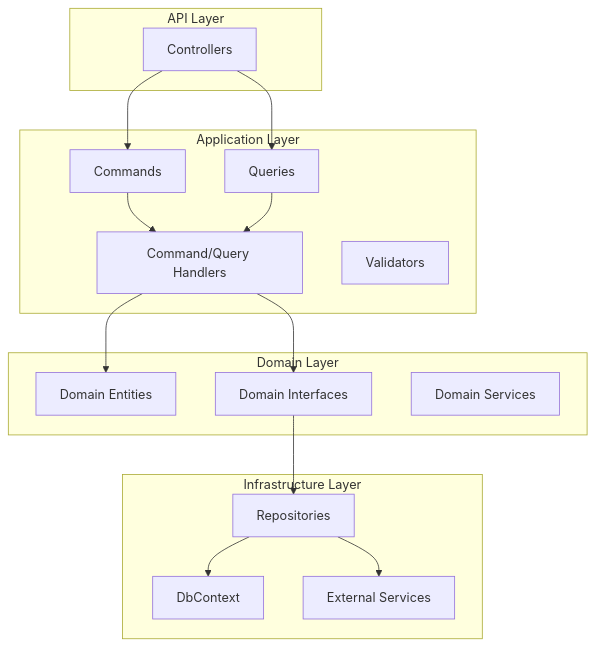
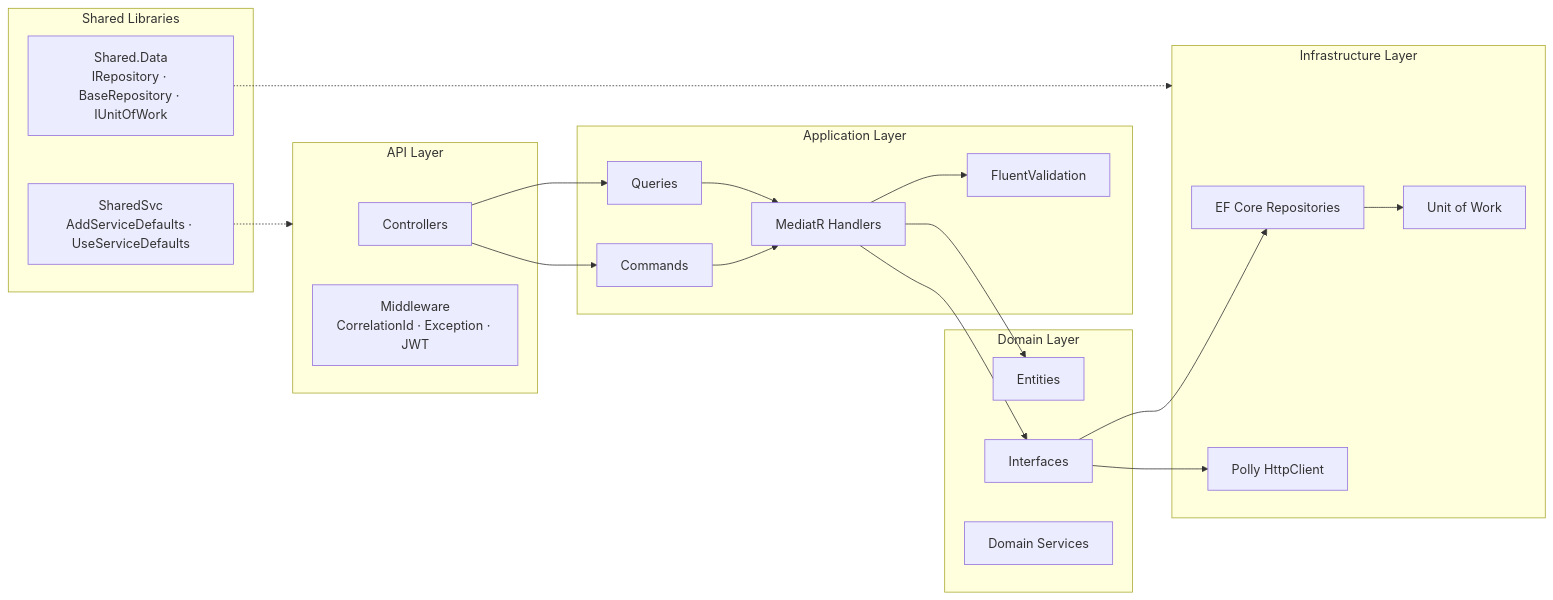
Before and after one commit to PrakashRajanSakthivel/SmartDelivery: the second of 9 diagrams in README.md, drawn with Mermaid. The commit also changed other lines of this file, not shown here.

````diff
--- a/README.md
+++ b/README.md
@@ -66,35 +84,40 @@
 ```mermaid
-graph TB
-    subgraph "API Layer"
-        Controller[Controllers]
+flowchart LR
+    subgraph API["API Layer"]
+        C[Controllers]
+        MW[Middleware\nCorrelationId · Exception · JWT]
     end
-    
-    subgraph "Application Layer"
-        Commands[Commands]
-        Queries[Queries]
-        Handlers[Command/Query Handlers]
-        Validators[Validators]
+
+    subgraph App["Application Layer"]
+        CMD[Commands]
+        QRY[Queries]
+        H[MediatR Handlers]
+        V[FluentValidation]
     end
-    
-    subgraph "Domain Layer"
-        Entities[Domain Entities]
-        Interfaces[Domain Interfaces]
-        Services[Domain Services]
+
+    subgraph Domain["Domain Layer"]
+        E[Entities]
+        I[Interfaces]
+        DS[Domain Services]
     end
-    
-    subgraph "Infrastructure Layer"
-        Repositories[Repositories]
-        DbContext[DbContext]
-        ExternalServices[External Services]
+
+    subgraph Infra["Infrastructure Layer"]
+        R[EF Core Repositories]
+        UOW[Unit of Work]
+        HTTP[Polly HttpClient]
     end
-    
-    Controller --> Commands
-    Controller --> Queries
-    Commands --> Handlers
-    Queries --> Handlers
-    Handlers --> Entities
-    Handlers --> Interfaces
-    Interfaces --> Repositories
-    Repositories --> DbContext
-    Repositories --> ExternalServices
+
+    subgraph Shared["Shared Libraries"]
+        SSvc[SharedSvc\nAddServiceDefaults · UseServiceDefaults]
+        SData[Shared.Data\nIRepository · BaseRepository · IUnitOfWork]
+    end
+
+    C --> CMD & QRY
+    CMD & QRY --> H
+    H --> V
+    H --> E & I
+    I --> R & HTTP
+    R --> UOW
+    SSvc -.-> API
+    SData -.-> Infra
 ```
````
